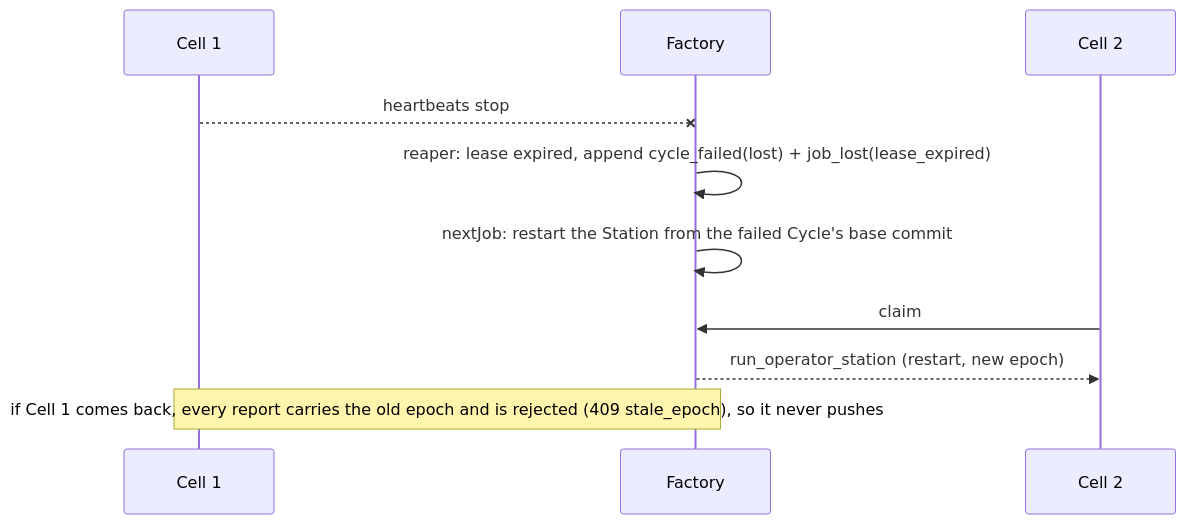
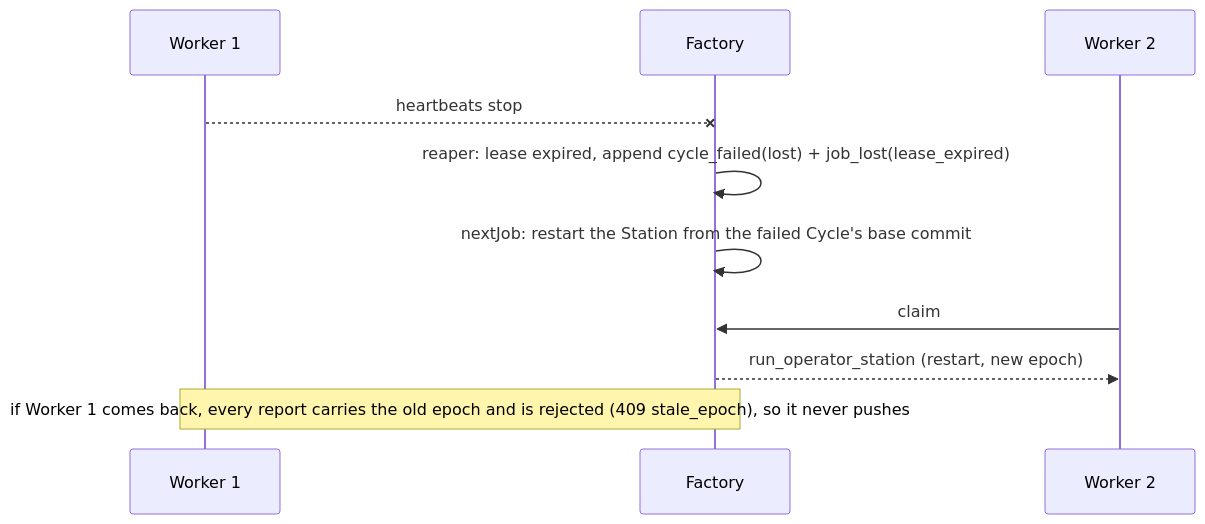
One commit to xyashino/software-factory changed the seventh of 8 diagrams in docs/PLAN.md. Above: the diagram before and after it, drawn with Mermaid. The commit also changed other lines of this file and 48 other files, not shown here.

Commit message:
docs: restructure architecture around local socket server

````diff
--- a/docs/PLAN.md
+++ b/docs/PLAN.md
@@ -184,12 +230,12 @@
 ```mermaid
 sequenceDiagram
-  participant C1 as Cell 1
+  participant C1 as Worker 1
   participant S as Factory
-  participant C2 as Cell 2
+  participant C2 as Worker 2
   C1--xS: heartbeats stop
   S->>S: reaper: lease expired, append cycle_failed(lost) + job_lost(lease_expired)
   S->>S: nextJob: restart the Station from the failed Cycle's base commit
   C2->>S: claim
   S-->>C2: run_operator_station (restart, new epoch)
-  Note over C1,S: if Cell 1 comes back, every report carries the old epoch and is rejected (409 stale_epoch), so it never pushes
+  Note over C1,S: if Worker 1 comes back, every report carries the old epoch and is rejected (409 stale_epoch), so it never pushes
 ```
````
